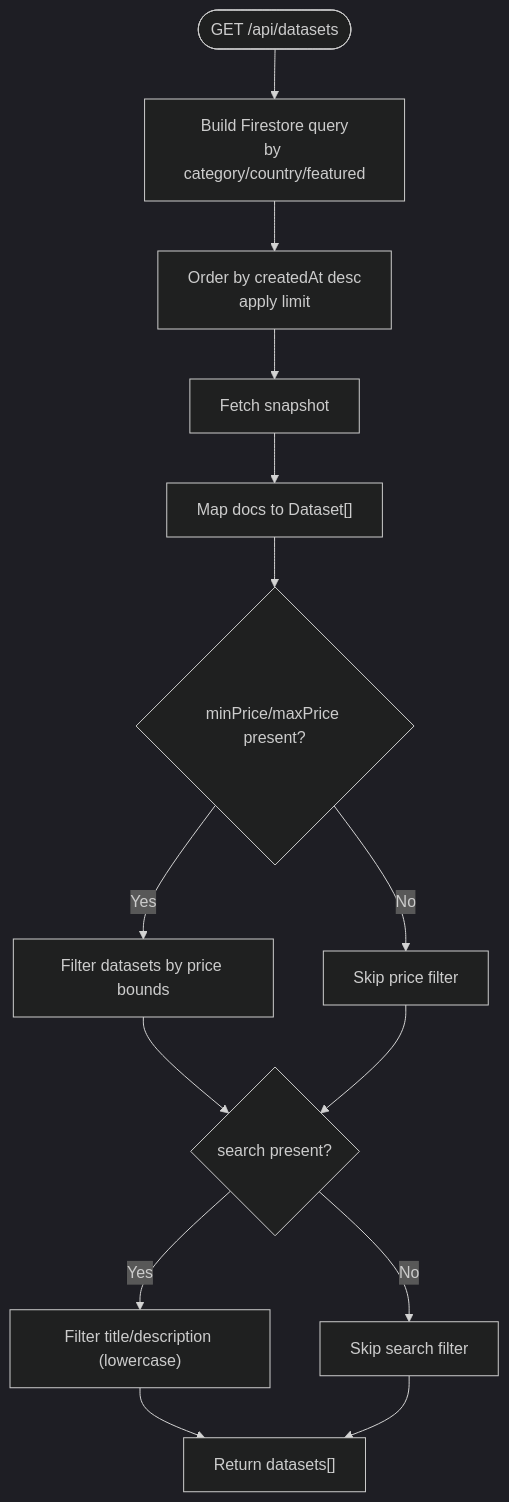
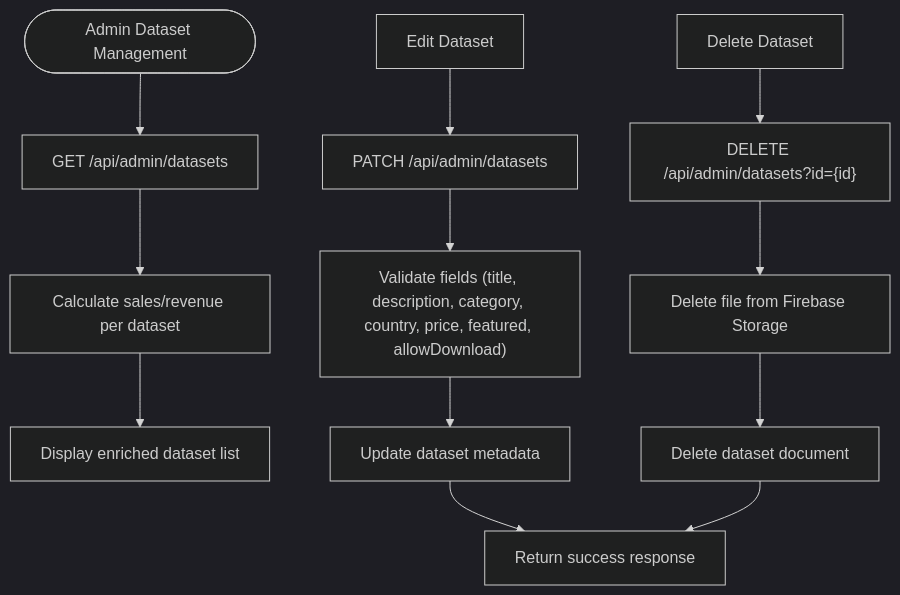
One commit to alikizang/datafrica changed the fourth of 9 diagrams in .qoder/repowiki/en/content/Dataset Management/Dataset Management.md. Above: the diagram before and after it, drawn with Mermaid (dark theme). The commit also changed other lines of this file and 21 other files, not shown here.

````diff
--- a/.qoder/repowiki/en/content/Dataset Management/Dataset Management.md
+++ b/.qoder/repowiki/en/content/Dataset Management/Dataset Management.md
@@ -259,16 +272,14 @@
 ```mermaid
 flowchart TD
-Start(["GET /api/datasets"]) --> BuildQuery["Build Firestore query<br/>by category/country/featured"]
-BuildQuery --> OrderLimit["Order by createdAt desc<br/>apply limit"]
-OrderLimit --> Fetch["Fetch snapshot"]
-Fetch --> MapDocs["Map docs to Dataset[]"]
-MapDocs --> PriceFilter{"minPrice/maxPrice present?"}
-PriceFilter --> |Yes| ApplyPrice["Filter datasets by price bounds"]
-PriceFilter --> |No| SkipPrice["Skip price filter"]
-ApplyPrice --> SearchFilter{"search present?"}
-SkipPrice --> SearchFilter
-SearchFilter --> |Yes| ApplySearch["Filter title/description (lowercase)"]
-SearchFilter --> |No| SkipSearch["Skip search filter"]
-ApplySearch --> Return["Return datasets[]"]
-SkipSearch --> Return
+Start(["Admin Dataset Management"]) --> List["GET /api/admin/datasets"]
+List --> Enrich["Calculate sales/revenue per dataset"]
+Enrich --> Display["Display enriched dataset list"]
+Edit["Edit Dataset"] --> Patch["PATCH /api/admin/datasets"]
+Patch --> Validate["Validate fields (title, description, category, country, price, featured, allowDownload)"]
+Validate --> Update["Update dataset metadata"]
+Update --> Success["Return success response"]
+Delete["Delete Dataset"] --> DeleteReq["DELETE /api/admin/datasets?id={id}"]
+DeleteReq --> DeleteFile["Delete file from Firebase Storage"]
+DeleteFile --> DeleteDoc["Delete dataset document"]
+DeleteDoc --> Success
 ```
````
